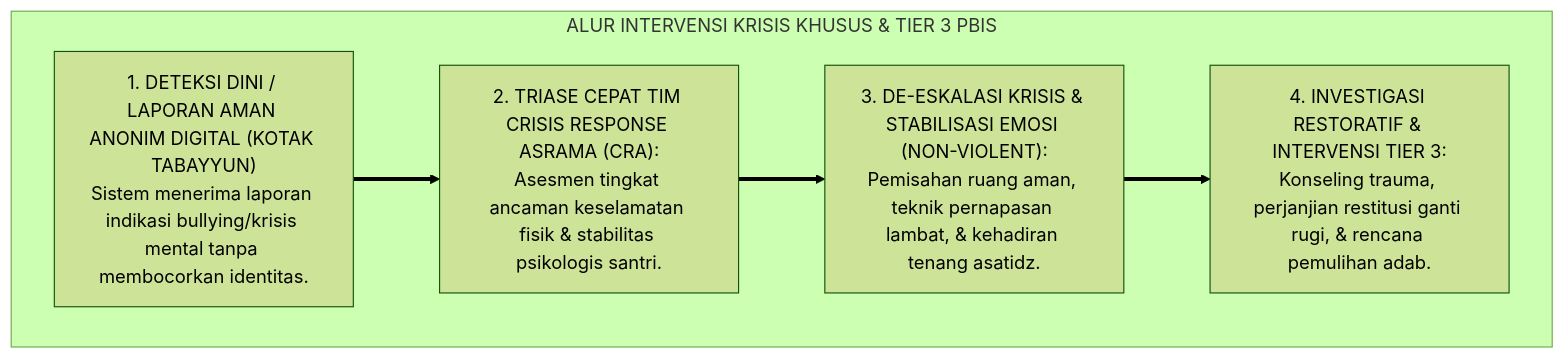
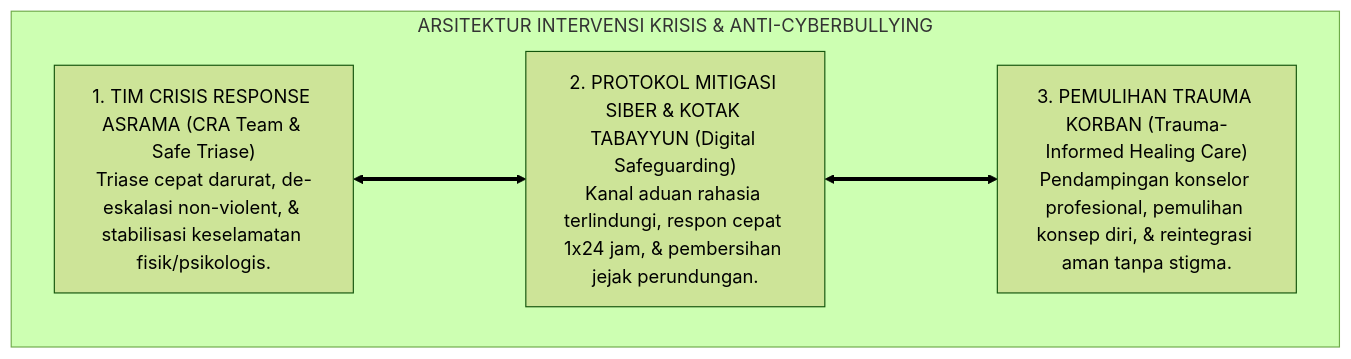
One commit to wandiapriliyandi/tumbuh changed the second of 3 diagrams in 02 Principles/06 Intervention Principles/P2-06-05-Prinsip-Intervensi-Krisis-Khusus-dan-Anti-Bullying-Siber.md. Above: the diagram before and after it, drawn with Mermaid (forest theme). The commit also changed other lines of this file and 7 other files, not shown here.

````diff
--- a/02 Principles/06 Intervention Principles/P2-06-05-Prinsip-Intervensi-Krisis-Khusus-dan-Anti-Bullying-Siber.md
+++ b/02 Principles/06 Intervention Principles/P2-06-05-Prinsip-Intervensi-Krisis-Khusus-dan-Anti-Bullying-Siber.md
@@ -53,14 +113,13 @@
 ```mermaid
 flowchart TD
-    subgraph AlurIntervensiKrisisTUMBUH["ALUR INTERVENSI KRISIS KHUSUS & TIER 3 PBIS"]
-        Laporan["1. DETEKSI DINI / LAPORAN AMAN ANONIM DIGITAL (KOTAK TABAYYUN)<br/>Sistem menerima laporan indikasi bullying/krisis mental tanpa membocorkan identitas."]
+    subgraph ArsitekturKrisisTUMBUH["ARSITEKTUR INTERVENSI KRISIS & ANTI-CYBERBULLYING"]
         
-        TriaseKrisis["2. TRIASE CEPAT TIM CRISIS RESPONSE ASRAMA (CRA):<br/>Asesmen tingkat ancaman keselamatan fisik & stabilitas psikologis santri."]
+        K1_Sayap["1. TIM CRISIS RESPONSE ASRAMA (CRA Team & Safe Triase)<br/>Triase cepat darurat, de-eskalasi non-violent, & stabilisasi keselamatan fisik/psikologis."]
         
-        DeEskalasi["3. DE-ESKALASI KRISIS & STABILISASI EMOSI (NON-VIOLENT):<br/>Pemisahan ruang aman, teknik pernapasan lambat, & kehadiran tenang asatidz."]
+        K2_Sayap["2. PROTOKOL MITIGASI SIBER & KOTAK TABAYYUN (Digital Safeguarding)<br/>Kanal aduan rahasia terlindungi, respon cepat 1x24 jam, & pembersihan jejak perundungan."]
         
-        Investigasi["4. INVESTIGASI RESTORATIF & INTERVENSI TIER 3:<br/>Konseling trauma, perjanjian restitusi ganti rugi, & rencana pemulihan adab."]
+        K3_Sayap["3. PEMULIHAN TRAUMA KORBAN (Trauma-Informed Healing Care)<br/>Pendampingan konselor profesional, pemulihan konsep diri, & reintegrasi aman tanpa stigma."]
         
-        Laporan ==> TriaseKrisis ==> DeEskalasi ==> Investigasi
+        K1_Sayap <===> K2_Sayap <===> K3_Sayap
     end
 ```
````
